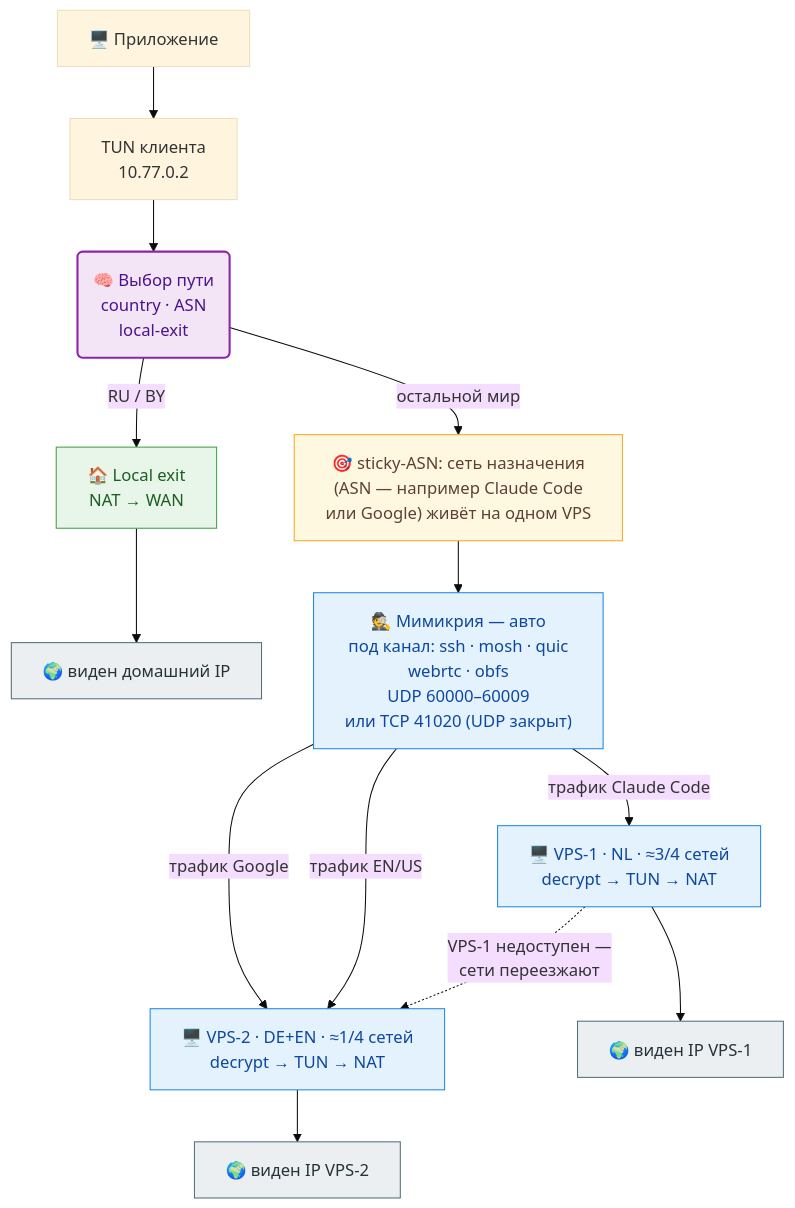
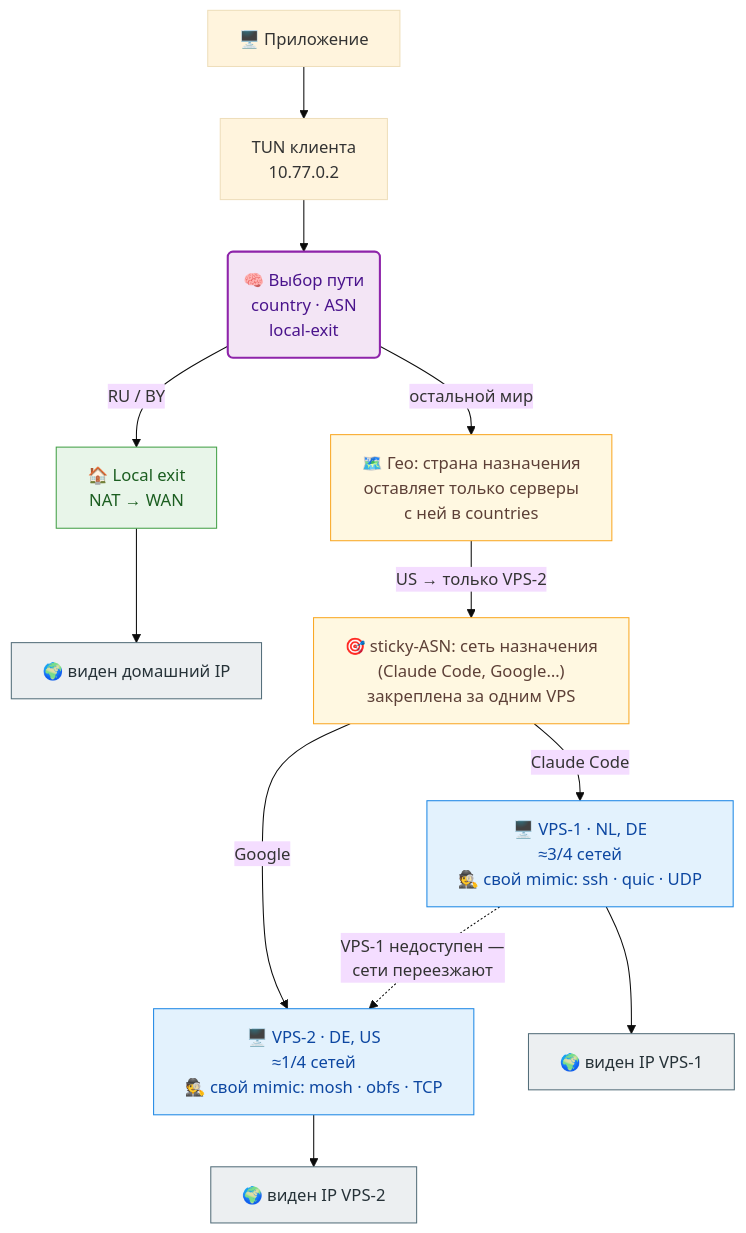
One commit to vadv/svpn changed the diagram in README.md. Above: the diagram before and after it, drawn with Mermaid (base theme). The commit also changed other lines of this file and 3 other files, not shown here.

First line of the commit message:
docs: show geo scoping and per-VPS camouflage in the diagram

````diff
--- a/README.md
+++ b/README.md
@@ -9,26 +9,25 @@
 ```mermaid
 %%{init: {"flowchart": {"wrappingWidth": 280}}}%%
 flowchart TD
     app["🖥️ Приложение"] --> tun["TUN клиента<br/>10.77.0.2"]
     tun --> brain("🧠 Выбор пути<br/>country · ASN<br/>local-exit")
     brain -->|"RU / BY"| local["🏠 Local exit<br/>NAT → WAN"]
     local --> home["🌍 виден домашний IP"]
-    brain -->|"остальной мир"| asn["🎯 sticky-ASN: сеть назначения<br/>(ASN — например Claude Code<br/>или Google) живёт на одном VPS"]
-    asn --> mimic["🕵️ Мимикрия — авто<br/>под канал: ssh · mosh · quic<br/>webrtc · obfs<br/>UDP 60000–60009<br/>или TCP 41020 (UDP закрыт)"]
-    mimic -->|"трафик Claude Code"| vps1["🖥️ VPS-1 · NL · ≈3/4 сетей<br/>decrypt → TUN → NAT"]
-    mimic -->|"трафик Google"| vps2["🖥️ VPS-2 · DE+EN · ≈1/4 сетей<br/>decrypt → TUN → NAT"]
-    mimic -->|"трафик EN/US"| vps2
+    brain -->|"остальной мир"| geo["🗺️ Гео: страна назначения<br/>оставляет только серверы<br/>с ней в countries"]
+    geo -->|"US → только VPS-2"| asn["🎯 sticky-ASN: сеть назначения<br/>(Claude Code, Google…)<br/>закреплена за одним VPS"]
+    asn -->|"Claude Code"| vps1["🖥️ VPS-1 · NL, DE<br/>≈3/4 сетей<br/>🕵️ свой mimic: ssh · quic · UDP"]
+    asn -->|"Google"| vps2["🖥️ VPS-2 · DE, US<br/>≈1/4 сетей<br/>🕵️ свой mimic: mosh · obfs · TCP"]
     vps1 --> net1["🌍 виден IP VPS-1"]
     vps2 --> net2["🌍 виден IP VPS-2"]
     vps1 -.->|"VPS-1 недоступен —<br/>сети переезжают"| vps2
     classDef brain fill:#f3e5f5,stroke:#8e24aa,stroke-width:2px,color:#4a148c
     classDef local fill:#e8f5e9,stroke:#43a047,color:#1b5e20
     classDef asn fill:#fff8e1,stroke:#f9a825,color:#5d4037
     classDef vpn fill:#e3f2fd,stroke:#1e88e5,color:#0d47a1
     classDef edge fill:#eceff1,stroke:#546e7a,color:#263238
     class brain brain
     class local local
-    class asn asn
-    class mimic,vps1,vps2 vpn
+    class geo,asn asn
+    class vps1,vps2 vpn
     class home,net1,net2 edge
 ```
````
